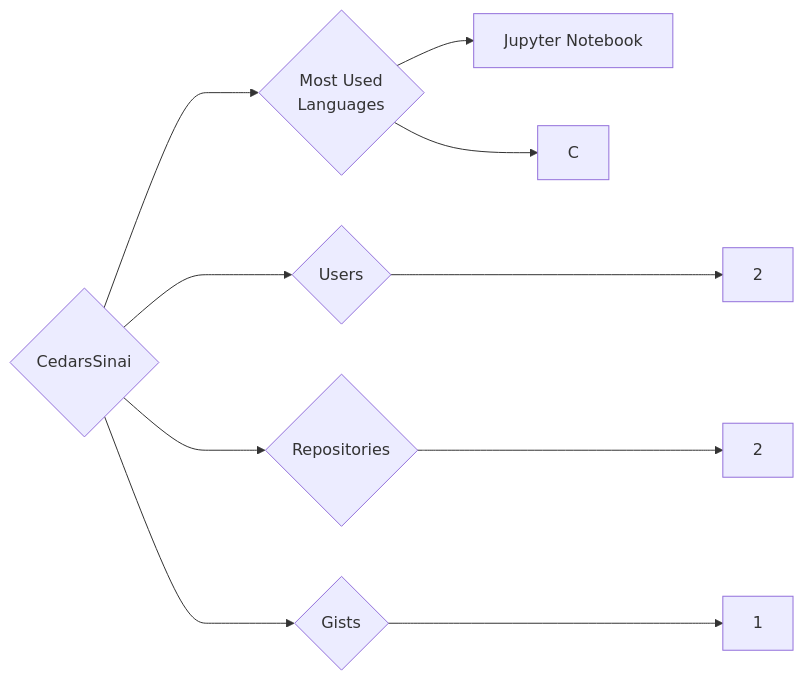
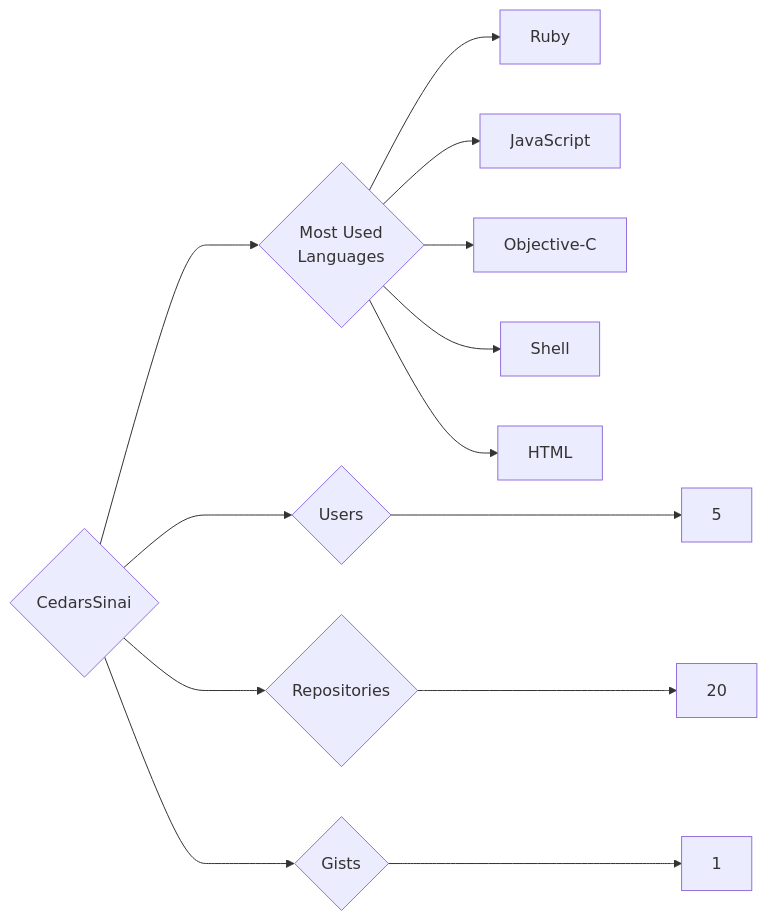
Before and after one commit to trickest/insiders: the diagram in targets/CedarsSinai/README.md, drawn with Mermaid. The commit also changed 993 other files, not shown here.

````diff
--- a/targets/CedarsSinai/README.md
+++ b/targets/CedarsSinai/README.md
@@ -3,10 +3,13 @@
 ```mermaid
 graph LR
 COMPANY_NAME{CedarsSinai}
-COMPANY_NAME ---> U{Users} ---> UN[2]
-COMPANY_NAME ---> R{Repositories} ---> RN[2]
+COMPANY_NAME ---> U{Users} ---> UN[5]
+COMPANY_NAME ---> R{Repositories} ---> RN[20]
 COMPANY_NAME ---> G{Gists} ---> GN[1]
 COMPANY_NAME ---> ML{Most Used<br>Languages}
-ML --> Jupyter_Notebook[Jupyter Notebook]
-ML --> C[C]
+ML --> Ruby[Ruby]
+ML --> JavaScript[JavaScript]
+ML --> Objective-C[Objective-C]
+ML --> Shell[Shell]
+ML --> HTML[HTML]
 ```
````
